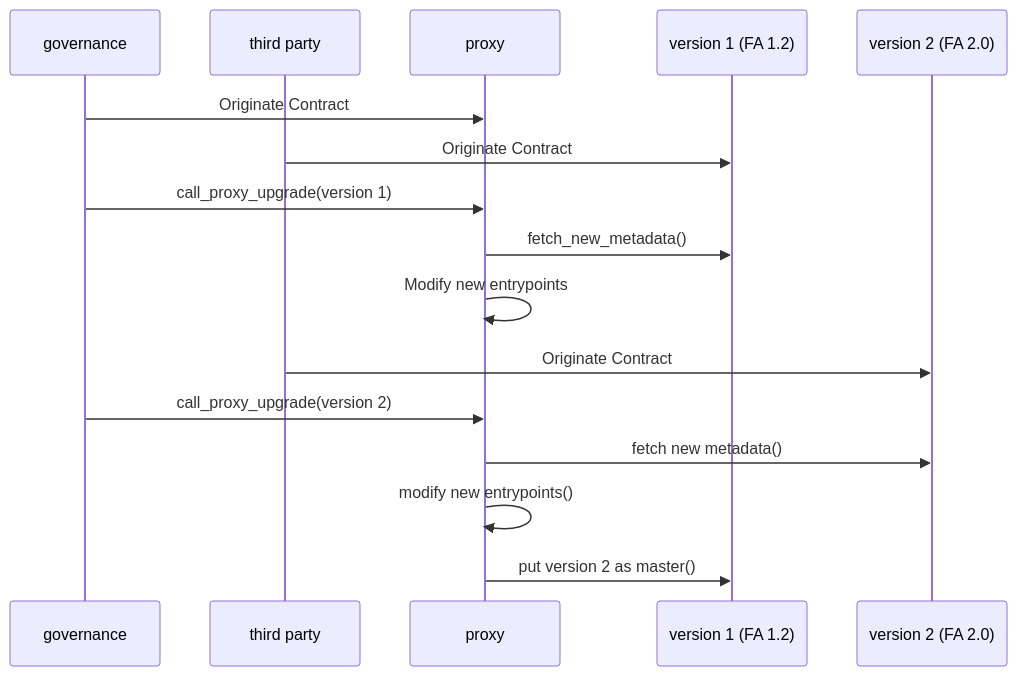
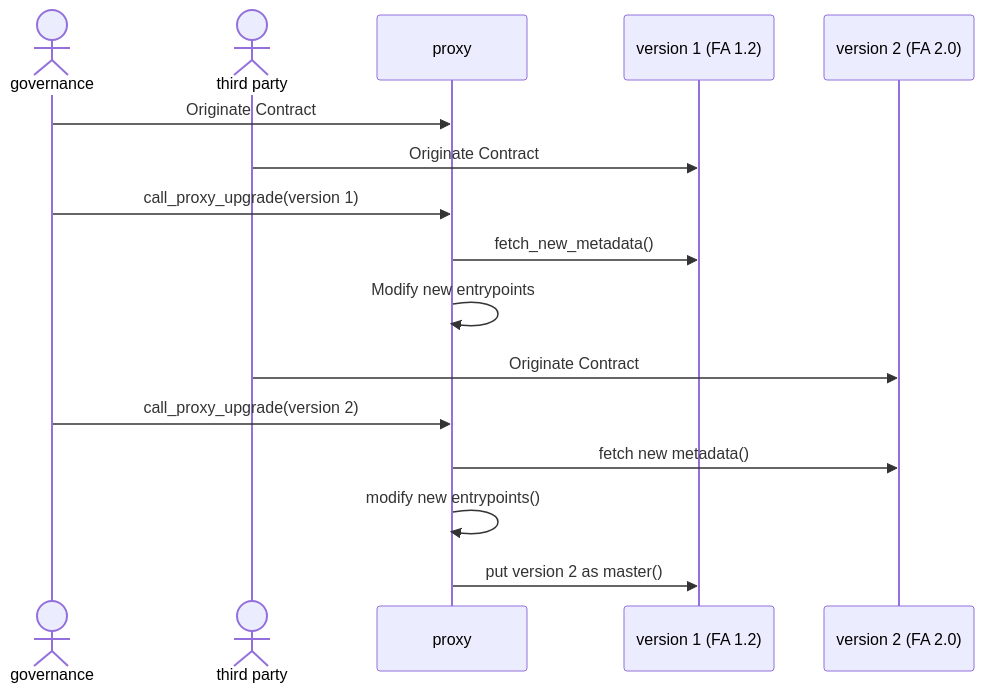
The first of 2 diagrams in README.md (smart-chain-fr/tzip18), drawn with Mermaid before and after one commit. The commit also changed other lines of this file, not shown here.

````diff
--- a/README.md
+++ b/README.md
@@ -21,18 +23,18 @@
 ```mermaid
 sequenceDiagram
-    participant governance
-    participant third party
+    actor governance
+    actor third party
     participant proxy
     participant version 1 (FA 1.2)
     participant version 2 (FA 2.0)
     governance->>proxy: Originate Contract
     third party->>version 1 (FA 1.2): Originate Contract
     governance->>proxy:call_proxy_upgrade(version 1)
     proxy->>version 1 (FA 1.2):fetch_new_metadata()
     proxy->>proxy:Modify new entrypoints
     third party->>version 2 (FA 2.0): Originate Contract
     governance->>proxy:call_proxy_upgrade(version 2)
     proxy->>version 2 (FA 2.0):fetch new metadata()
     proxy->>proxy:modify new entrypoints()
     proxy->>version 1 (FA 1.2):put version 2 as master()
 ```
````
